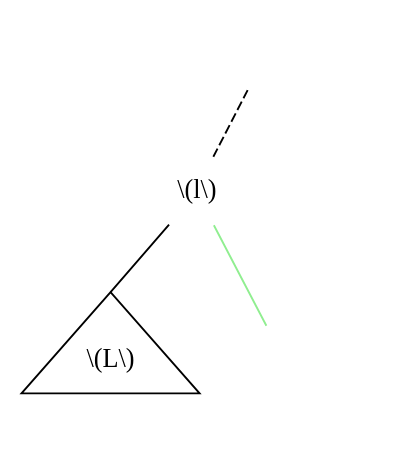
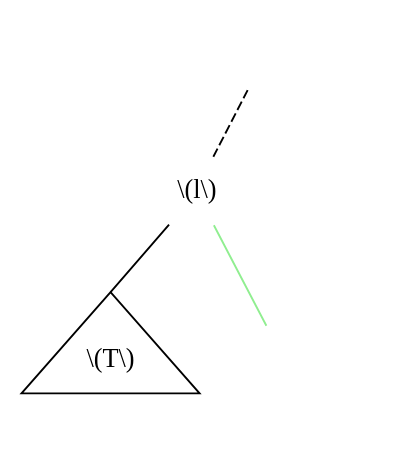
The diagram in article/images_src/lambda/def/3.dot (Larhard/Combinatorial-interpretations-of-holonomic-recurrences), drawn with Graphviz before and after one commit. The commit also changed 10 other files, not shown here.

```diff
--- a/article/images_src/lambda/def/3.dot
+++ b/article/images_src/lambda/def/3.dot
@@ -1,13 +1,13 @@
 graph {
 	size="4,4"
     graph [splines=false]
 	0 [label="" shape=none]
 	l [label="\\(l\\)" shape=none]
-	L1 [label="\\(L\\)" shape=triangle height=1]
+	L1 [label="\\(T\\)" shape=triangle height=1]
 	1 [label="" shape=none]
 	2 [label="" shape=none]
     0 -- l [style=dashed]
     l -- L1 [headport=n]
     0 -- 1 [style=invis]
     l -- 2 [color=lightgreen]
 }
```
